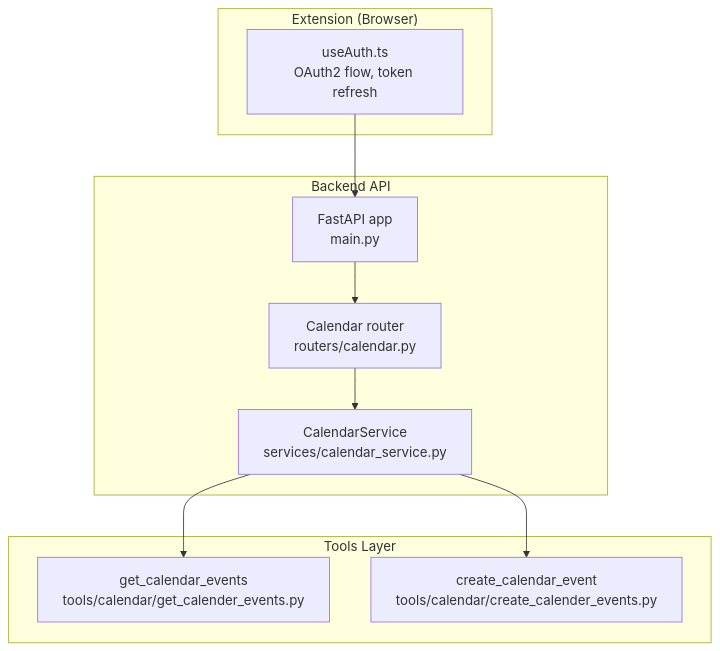
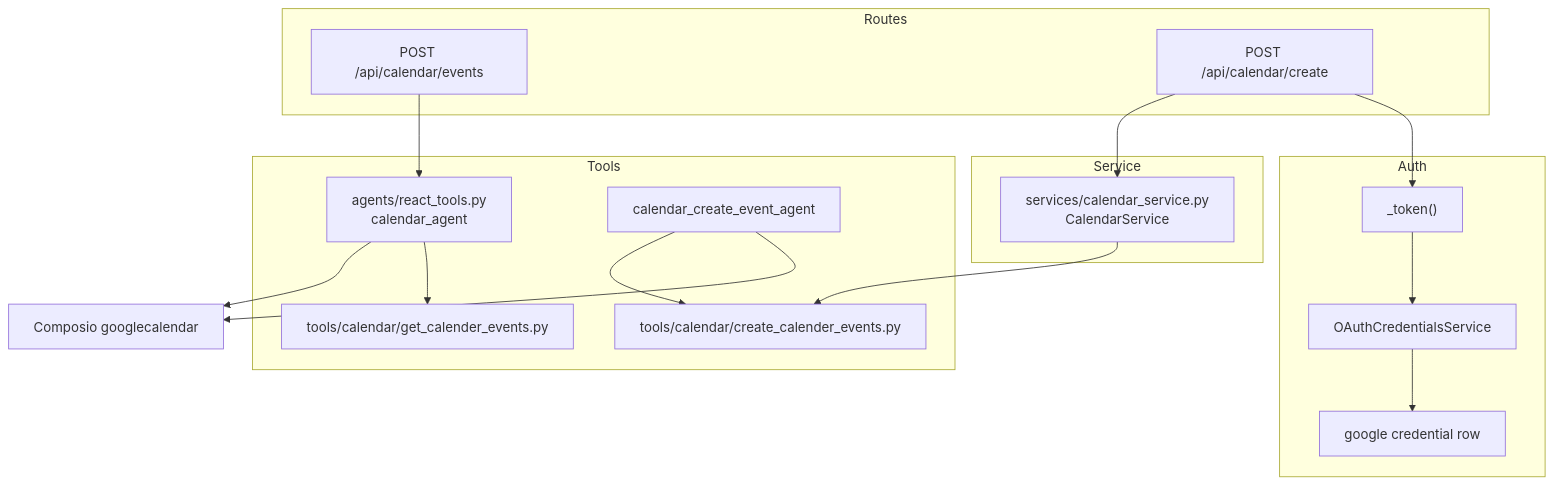
Before and after one commit to tashifkhan/tashif.codes: the first of 6 diagrams in src/data/docs/agentic-browser/Service Integrations/Calendar Integration.md, drawn with Mermaid. The commit also changed other lines of this file and 114 other files, not shown here.

````diff
--- a/src/data/docs/agentic-browser/Service Integrations/Calendar Integration.md
+++ b/src/data/docs/agentic-browser/Service Integrations/Calendar Integration.md
@@ -12,20 +19,31 @@
 ```mermaid
 graph TB
-subgraph "Extension (Browser)"
-UA["useAuth.ts<br/>OAuth2 flow, token refresh"]
-end
-subgraph "Backend API"
-API["FastAPI app<br/>main.py"]
-R["Calendar router<br/>routers/calendar.py"]
-S["CalendarService<br/>services/calendar_service.py"]
-end
-subgraph "Tools Layer"
-T1["get_calendar_events<br/>tools/calendar/get_calender_events.py"]
-T2["create_calendar_event<br/>tools/calendar/create_calender_events.py"]
-end
-UA --> API
-API --> R
-R --> S
-S --> T1
-S --> T2
+  subgraph Routes
+    Events["POST /api/calendar/events"]
+    Create["POST /api/calendar/create"]
+  end
+  subgraph Service
+    Svc["services/calendar_service.py<br/>CalendarService"]
+  end
+  subgraph Tools
+    List["tools/calendar/get_calender_events.py"]
+    Make["tools/calendar/create_calender_events.py"]
+    Agent["agents/react_tools.py<br/>calendar_agent"]
+    CreateAgent["calendar_create_event_agent"]
+  end
+  subgraph Auth
+    Token["_token()"]
+    Creds["OAuthCredentialsService"]
+    Google["google credential row"]
+  end
+  Events --> Agent
+  Create --> Token
+  Create --> Svc
+  Svc --> Make
+  Token --> Creds
+  Creds --> Google
+  Agent --> List
+  Agent --> Composio["Composio googlecalendar"]
+  CreateAgent --> Composio
+  CreateAgent --> Make
 ```
````
